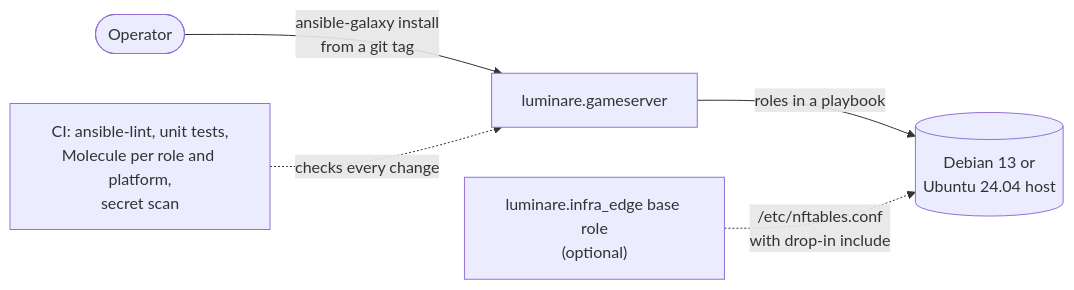
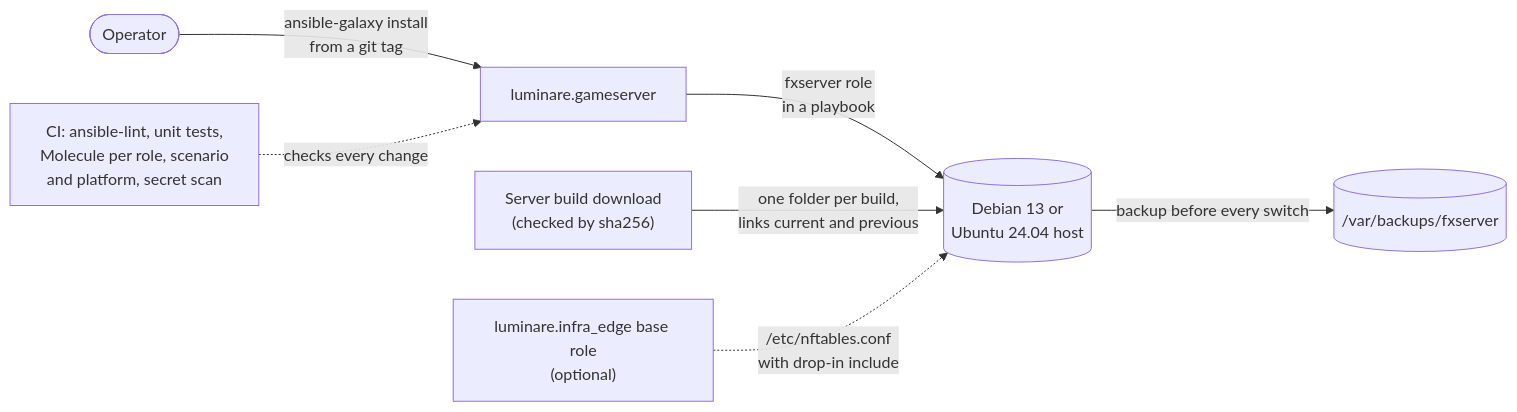
One commit to luminare-dev/ansible-collection-gameserver changed the diagram in README.md. Above: the diagram before and after it, drawn with Mermaid. The commit also changed other lines of this file and 64 other files, not shown here.

First line of the commit message:
feat(fxserver): add the fxserver role with updates, rollback and backups (#3)

````diff
--- a/README.md
+++ b/README.md
@@ -50,7 +51,9 @@
 ```mermaid
 flowchart LR
     operator(["Operator"]) -->|"ansible-galaxy install<br/>from a git tag"| collection["luminare.gameserver"]
-    collection -->|"roles in a playbook"| host[("Debian 13 or<br/>Ubuntu 24.04 host")]
+    collection -->|"fxserver role<br/>in a playbook"| host[("Debian 13 or<br/>Ubuntu 24.04 host")]
+    download["Server build download<br/>(checked by sha256)"] -->|"one folder per build,<br/>links current and previous"| host
+    host -->|"backup before every switch"| backups[("/var/backups/fxserver")]
     edge["luminare.infra_edge base role<br/>(optional)"] -.->|"/etc/nftables.conf<br/>with drop-in include"| host
-    ci["CI: ansible-lint, unit tests,<br/>Molecule per role and platform,<br/>secret scan"] -.->|"checks every change"| collection
+    ci["CI: ansible-lint, unit tests,<br/>Molecule per role, scenario<br/>and platform, secret scan"] -.->|"checks every change"| collection
 ```
````
